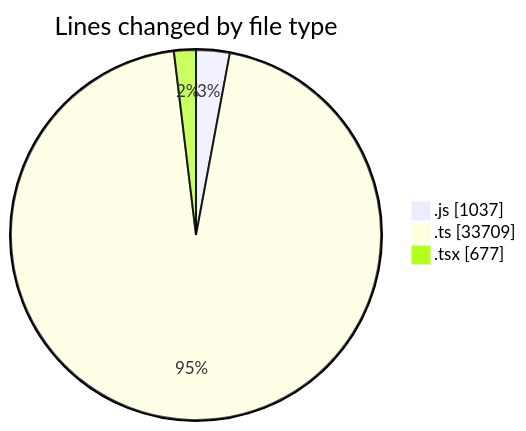
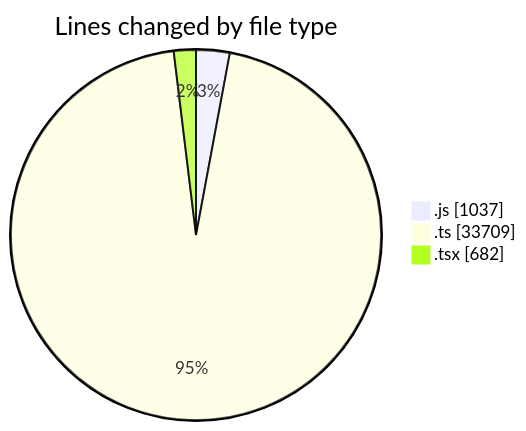
The first of 2 diagrams in 2026-10-06/cda/README.md (momahboobian/code-tracking), drawn with Mermaid before and after one commit. The commit also changed other lines of this file and 1 other file, not shown here.

````diff
--- a/2026-10-06/cda/README.md
+++ b/2026-10-06/cda/README.md
@@ -38,7 +38,7 @@
 ```mermaid
 pie showData
 title Lines changed by file type
 ".js" : 1037
 ".ts" : 33709
-".tsx" : 677
+".tsx" : 682
 ```
````
